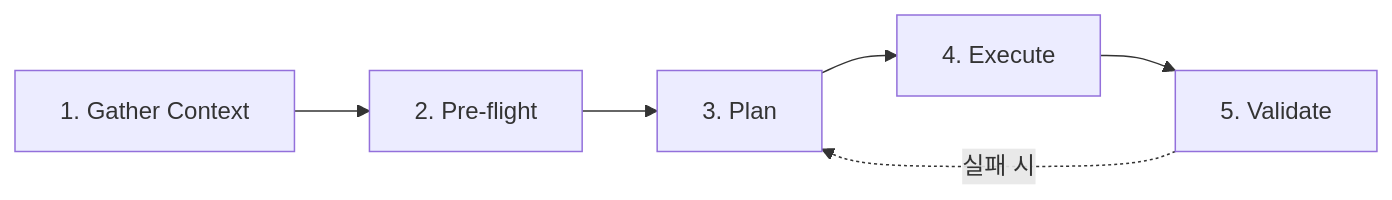
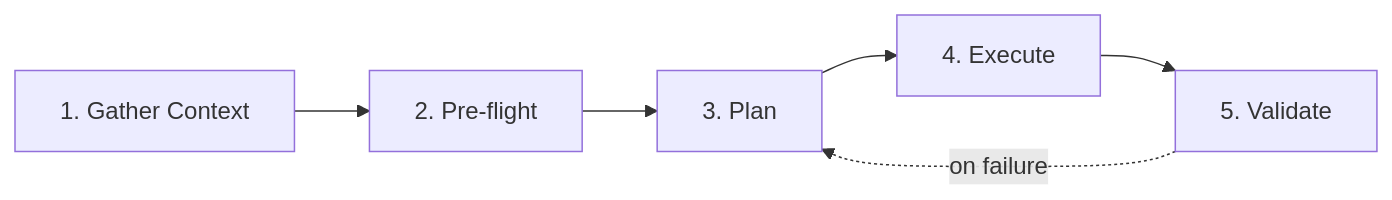
One commit to devfloor9/sample-oh-my-aidlcops changed the diagram in docs/docs/getting-started.md. Above: the diagram before and after it, drawn with Mermaid. The commit also changed other lines of this file and 44 other files, not shown here.

````diff
--- a/docs/docs/getting-started.md
+++ b/docs/docs/getting-started.md
@@ -170,8 +171,8 @@
 ```mermaid
 flowchart LR
     G["1. Gather Context"] --> P["2. Pre-flight"]
     P --> PL["3. Plan"]
     PL --> E["4. Execute"]
     E --> V["5. Validate"]
-    V -.실패 시.-> PL
+    V -.on failure.-> PL
 ```
````
